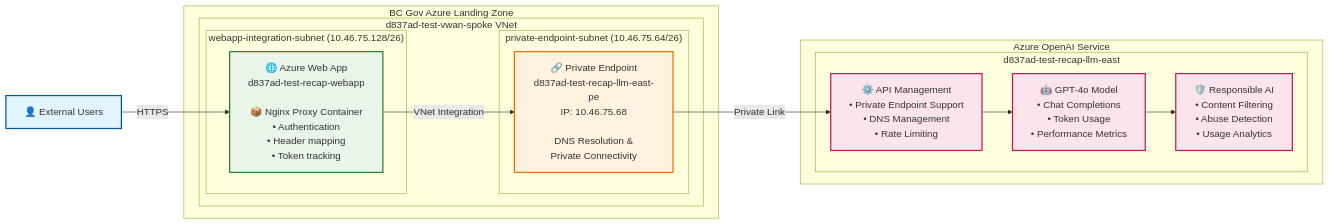
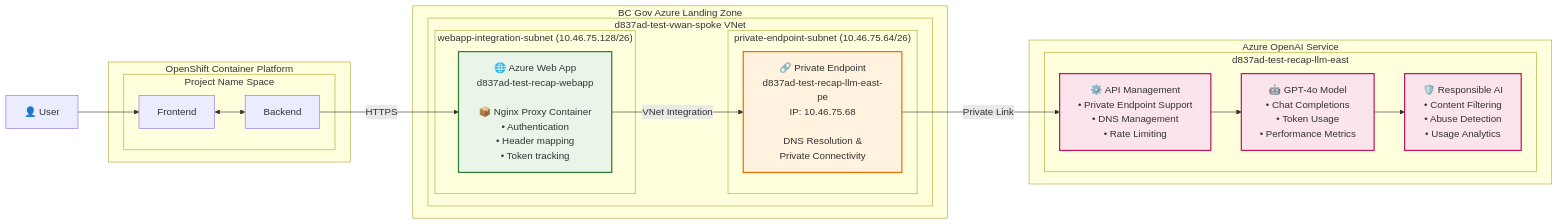
Before and after one commit to bcgov/RECAP: the first of 3 diagrams in RECAP-Architecture-Diagram.md, drawn with Mermaid. The commit also changed other lines of this file, not shown here.

Commit message:
Update architecture diagram with OpenShift Container Platform integration

````diff
--- a/RECAP-Architecture-Diagram.md
+++ b/RECAP-Architecture-Diagram.md
@@ -21,39 +21,50 @@
 ```mermaid
 graph LR
-    Users["👤 External Users"] -->|HTTPS| WebApp
+    User["👤 User"]
+    
+    subgraph "OpenShift Container Platform"
+        subgraph "Project Name Space"
+            Frontend["Frontend"]
+            Backend["Backend"]        
+            Frontend <--> Backend
+        end
+    end
+    
+    User --> Frontend
+    Backend -->|HTTPS| WebApp
     
     subgraph "BC Gov Azure Landing Zone"
         subgraph "d837ad-test-vwan-spoke VNet"
             subgraph "webapp-integration-subnet (10.46.75.128/26)"
                 WebApp["🌐 Azure Web App<br/>d837ad-test-recap-webapp<br/><br/>📦 Nginx Proxy Container<br/>• Authentication<br/>• Header mapping<br/>• Token tracking"]
             end
             
             subgraph "private-endpoint-subnet (10.46.75.64/26)"
                 PE["🔗 Private Endpoint<br/>d837ad-test-recap-llm-east-pe<br/>IP: 10.46.75.68<br/><br/>DNS Resolution &<br/>Private Connectivity"]
             end
         end
     end
     
     subgraph "Azure OpenAI Service"
         subgraph "d837ad-test-recap-llm-east"
             APIM["⚙️ API Management<br/>• Private Endpoint Support<br/>• DNS Management<br/>• Rate Limiting"]
             GPT["🤖 GPT-4o Model<br/>• Chat Completions<br/>• Token Usage<br/>• Performance Metrics"]
             RAI["🛡️ Responsible AI<br/>• Content Filtering<br/>• Abuse Detection<br/>• Usage Analytics"]
         end
     end
     
     WebApp -->|VNet Integration| PE
     PE -->|Private Link| APIM
     APIM --> GPT
     GPT --> RAI
     
     classDef userStyle fill:#e1f5fe,stroke:#01579b,stroke-width:2px
     classDef webStyle fill:#e8f5e8,stroke:#2e7d32,stroke-width:2px
     classDef networkStyle fill:#fff3e0,stroke:#ef6c00,stroke-width:2px
     classDef aiStyle fill:#fce4ec,stroke:#c2185b,stroke-width:2px
     
     class Users userStyle
     class WebApp webStyle
     class PE networkStyle
     class APIM,GPT,RAI aiStyle
 ```
````
